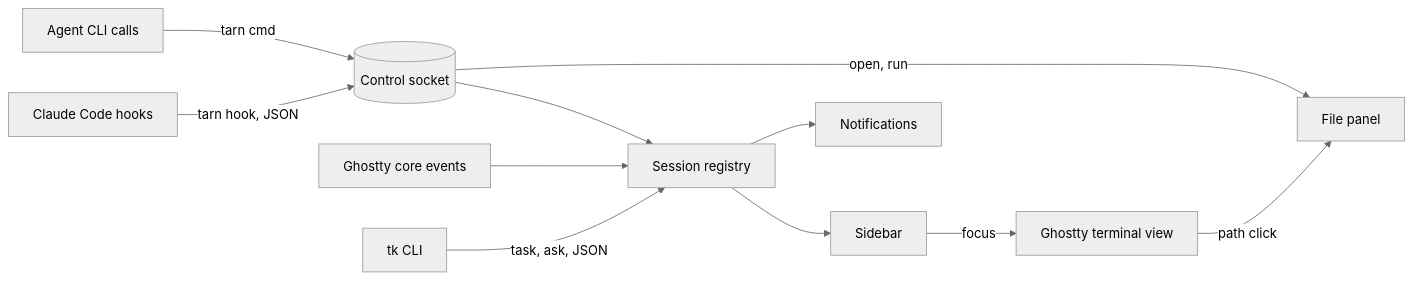
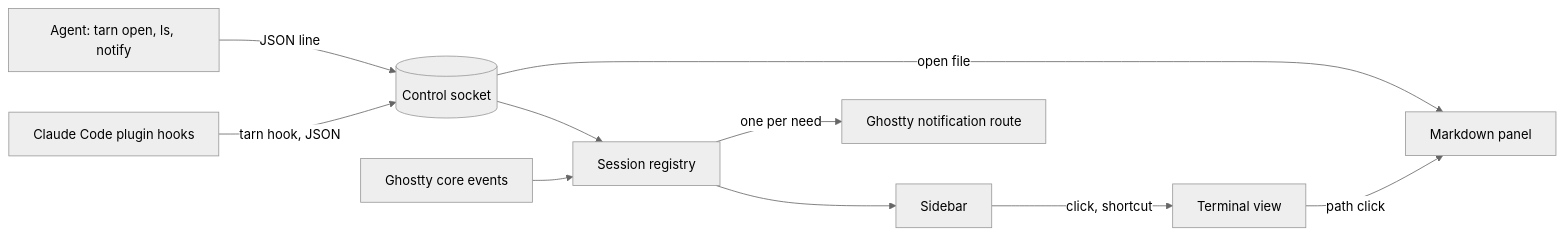
Before and after one commit to daniil4545/tarn: the diagram in docs/spec.md, drawn with Mermaid (neutral theme). The commit also changed other lines of this file and 1 other file, not shown here.

````diff
--- a/docs/spec.md
+++ b/docs/spec.md
@@ -72,13 +74,12 @@
 ```mermaid
 flowchart LR
-  cc["Claude Code hooks"] -->|"tarn hook, JSON"| sock[("Control socket")]
-  agent["Agent CLI calls"] -->|"tarn cmd"| sock
+  plug["Claude Code plugin hooks"] -->|"tarn hook, JSON"| sock[("Control socket")]
+  agent["Agent: tarn open, ls, notify"] -->|"JSON line"| sock
   sock --> reg["Session registry"]
   core["Ghostty core events"] --> reg
-  tk["tk CLI"] -->|"task, ask, JSON"| reg
   reg --> side["Sidebar"]
-  reg --> note["Notifications"]
-  side -->|"focus"| term["Ghostty terminal view"]
-  term -->|"path click"| panel["File panel"]
-  sock -->|"open, run"| panel
+  reg -->|"one per need"| note["Ghostty notification route"]
+  side -->|"click, shortcut"| term["Terminal view"]
+  term -->|"path click"| panel["Markdown panel"]
+  sock -->|"open file"| panel
 ```
````
